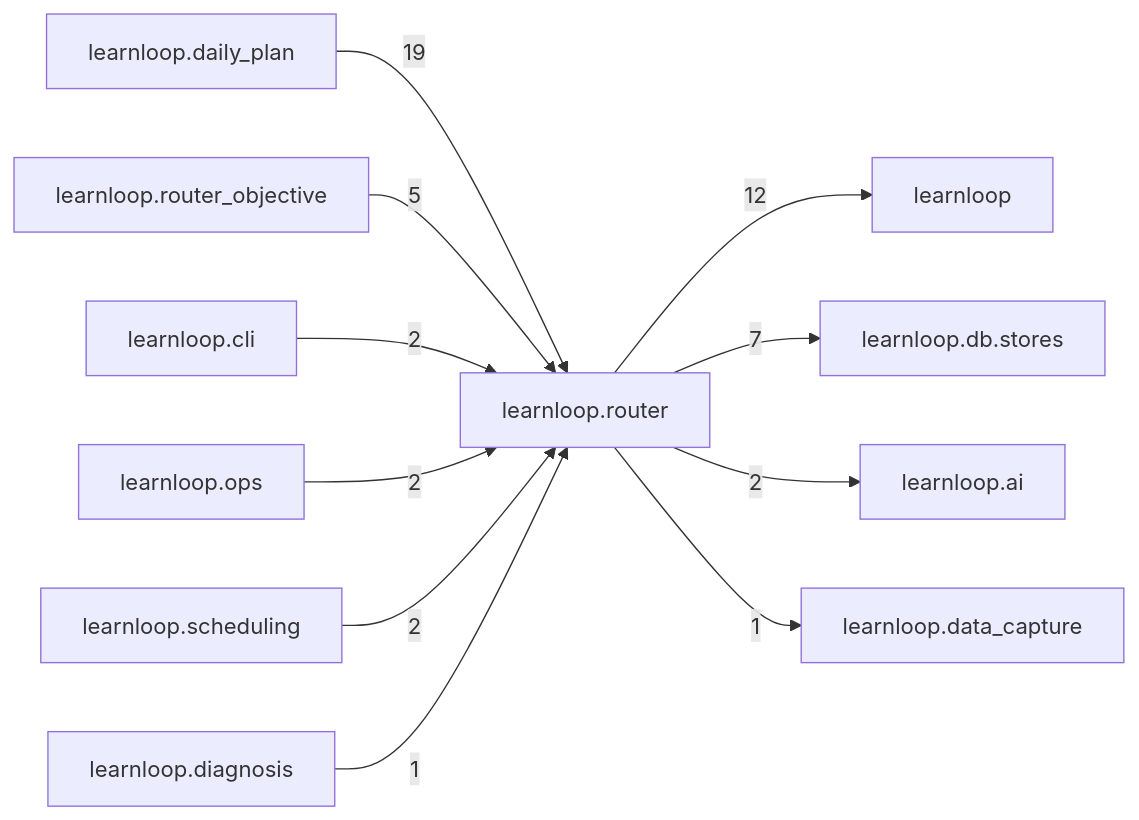
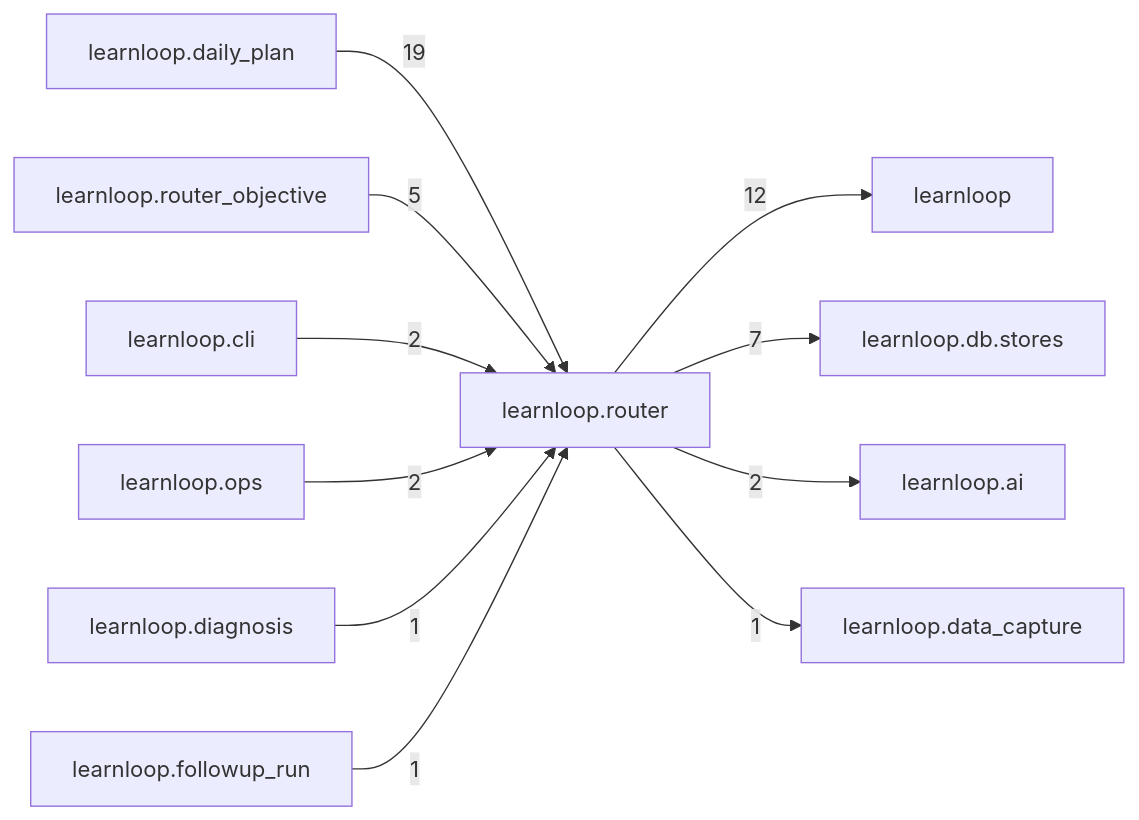
The diagram in docs/learnloop-architecture-vault/Reference/Modules/learnloop/router/_package.md (6up-b/learnanything), drawn with Mermaid before and after one commit. The commit also changed other lines of this file and 57 other files, not shown here.

````diff
--- a/docs/learnloop-architecture-vault/Reference/Modules/learnloop/router/_package.md
+++ b/docs/learnloop-architecture-vault/Reference/Modules/learnloop/router/_package.md
@@ -96,24 +96,24 @@
 ```mermaid
 flowchart LR
     center["learnloop.router"]
     n_learnloop_daily_plan["learnloop.daily_plan"]
     n_learnloop["learnloop"]
     n_learnloop_db_stores["learnloop.db.stores"]
     n_learnloop_router_objective["learnloop.router_objective"]
     n_learnloop_ai["learnloop.ai"]
     n_learnloop_cli["learnloop.cli"]
     n_learnloop_ops["learnloop.ops"]
-    n_learnloop_scheduling["learnloop.scheduling"]
     n_learnloop_data_capture["learnloop.data_capture"]
     n_learnloop_diagnosis["learnloop.diagnosis"]
+    n_learnloop_followup_run["learnloop.followup_run"]
     n_learnloop_daily_plan -->|19| center
     center -->|12| n_learnloop
     center -->|7| n_learnloop_db_stores
     n_learnloop_router_objective -->|5| center
     center -->|2| n_learnloop_ai
     n_learnloop_cli -->|2| center
     n_learnloop_ops -->|2| center
-    n_learnloop_scheduling -->|2| center
     center -->|1| n_learnloop_data_capture
     n_learnloop_diagnosis -->|1| center
+    n_learnloop_followup_run -->|1| center
 ```
````
